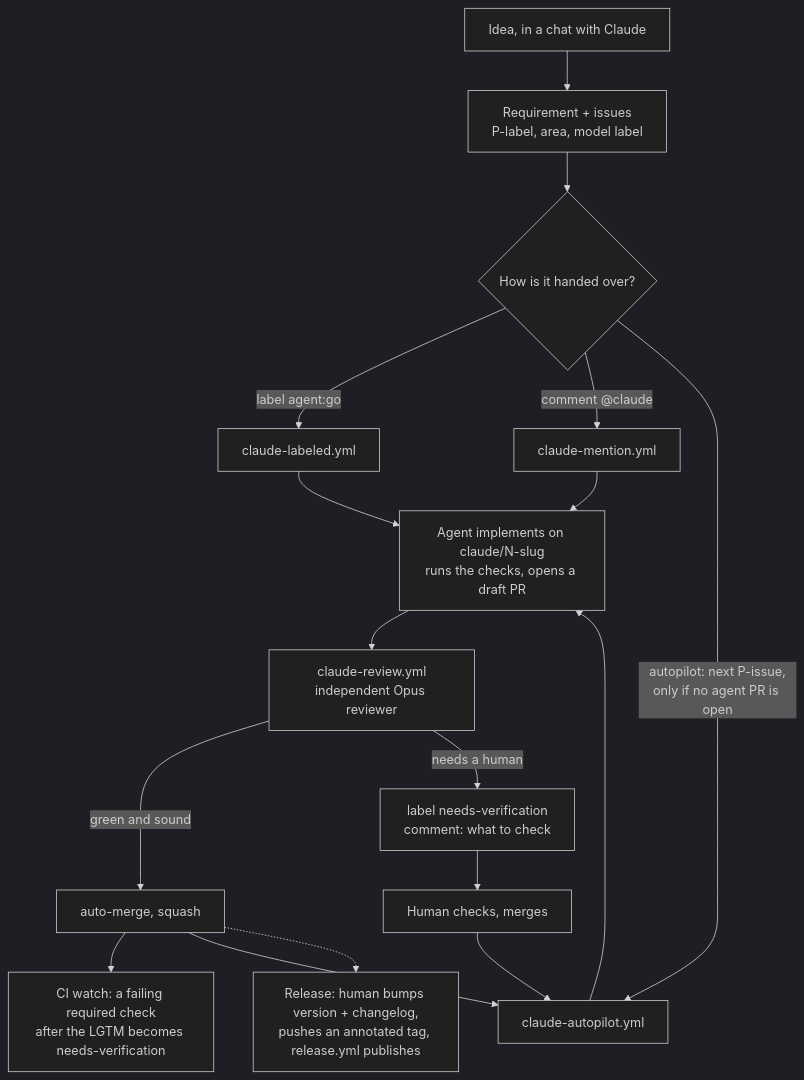
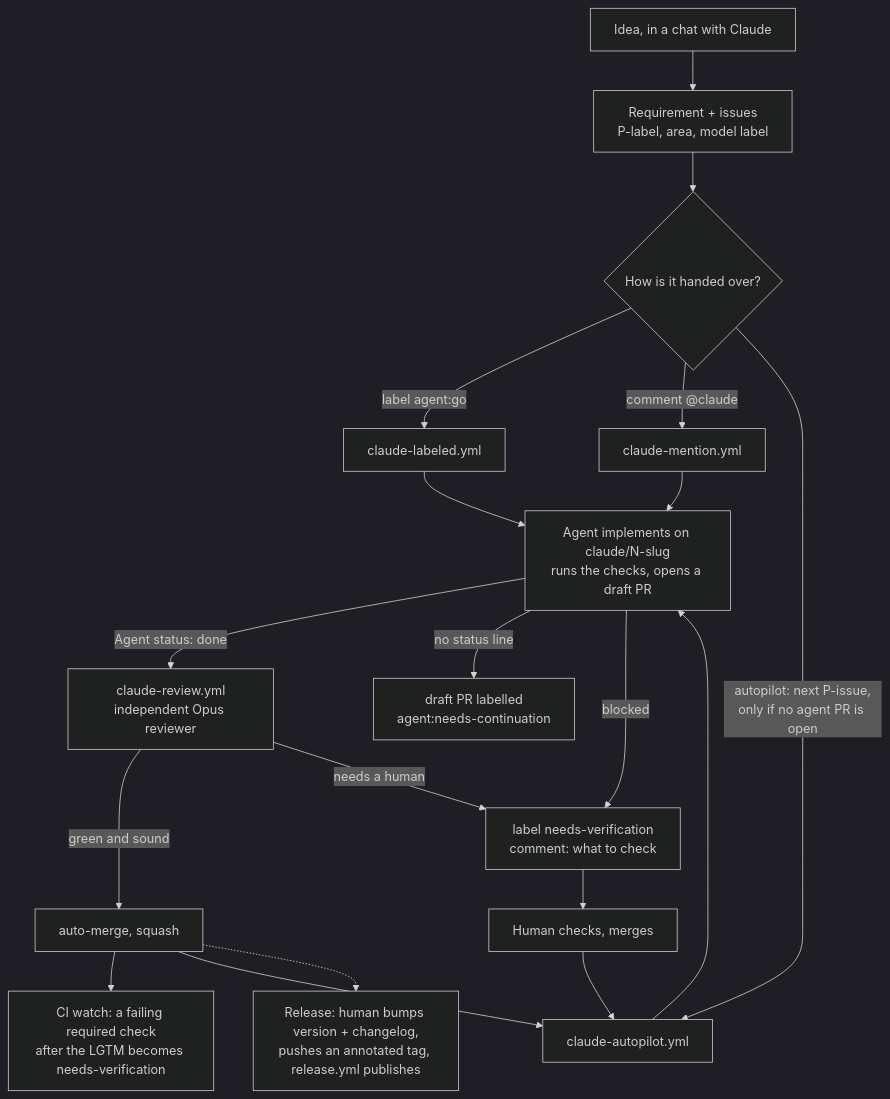
One commit to chriguschneider/repo-standard changed the diagram in docs/how-it-works.md. Above: the diagram before and after it, drawn with Mermaid (dark theme). The commit also changed other lines of this file and 33 other files, not shown here.

````diff
--- a/docs/how-it-works.md
+++ b/docs/how-it-works.md
@@ -19,19 +19,21 @@
 ```mermaid
 flowchart TD
     A[Idea, in a chat with Claude] --> B[Requirement + issues<br/>P-label, area, model label]
     B --> C{How is it handed over?}
     C -->|label agent:go| D[claude-labeled.yml]
     C -->|comment @claude| E[claude-mention.yml]
     C -->|autopilot: next P-issue,<br/>only if no agent PR is open| F[claude-autopilot.yml]
     D --> G[Agent implements on claude/N-slug<br/>runs the checks, opens a draft PR]
     E --> G
     F --> G
-    G --> H[claude-review.yml<br/>independent Opus reviewer]
+    G -->|Agent status: done| H[claude-review.yml<br/>independent Opus reviewer]
+    G -->|no status line| N[draft PR labelled<br/>agent:needs-continuation]
+    G -->|blocked| J
     H -->|green and sound| I[auto-merge, squash]
     H -->|needs a human| J[label needs-verification<br/>comment: what to check]
     I --> K[CI watch: a failing required check<br/>after the LGTM becomes needs-verification]
     I --> F
     J --> L[Human checks, merges]
     L --> F
     I -.-> M[Release: human bumps version + changelog,<br/>pushes an annotated tag, release.yml publishes]
 ```
````
